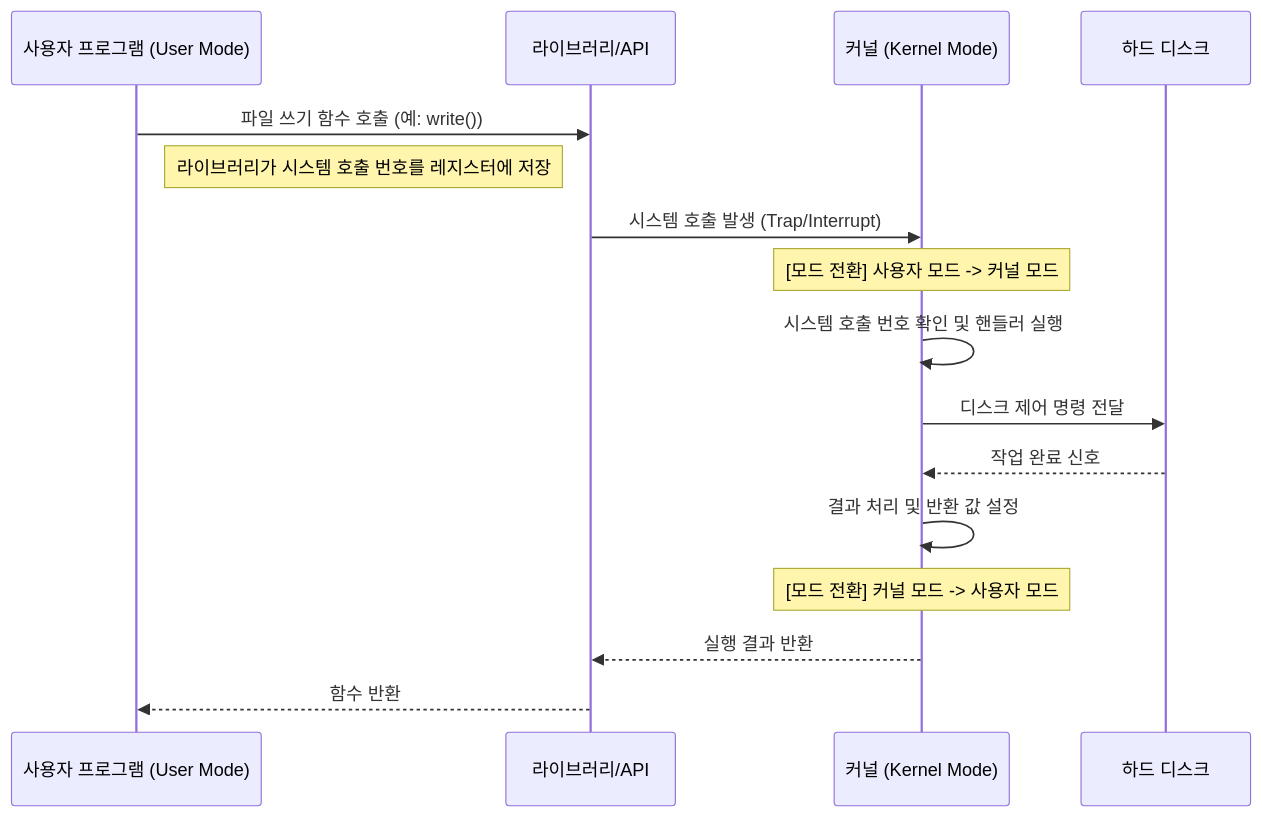
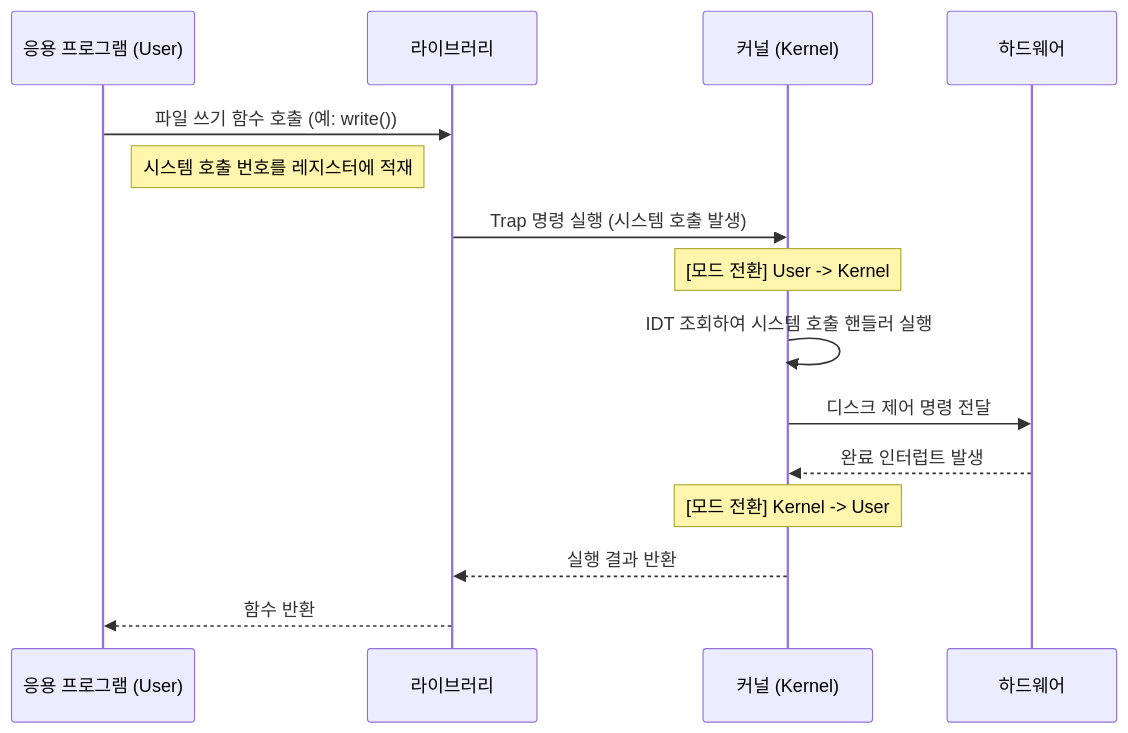
Before and after one commit to hyoguoo/hyoguoo.github.io: the diagram in src/content/docs/docs/operating-system/kernel.md, drawn with Mermaid. The commit also changed other lines of this file, not shown here.

````diff
--- a/src/content/docs/docs/operating-system/kernel.md
+++ b/src/content/docs/docs/operating-system/kernel.md
@@ -56,19 +58,17 @@
 ```mermaid
 sequenceDiagram
-    participant UserApp as 사용자 프로그램 (User Mode)
-    participant Library as 라이브러리/API
-    participant Kernel as 커널 (Kernel Mode)
-    participant Hardware as 하드 디스크
+    participant UserApp as 응용 프로그램 (User)
+    participant Library as 라이브러리
+    participant Kernel as 커널 (Kernel)
+    participant Hardware as 하드웨어
     UserApp ->> Library: 파일 쓰기 함수 호출 (예: write())
-    Note right of UserApp: 라이브러리가 시스템 호출 번호를 레지스터에 저장
-    Library ->> Kernel: 시스템 호출 발생 (Trap/Interrupt)
-    Note over Kernel: [모드 전환] 사용자 모드 -> 커널 모드
-    Kernel ->> Kernel: 시스템 호출 번호 확인 및 핸들러 실행
+    Note right of UserApp: 시스템 호출 번호를 레지스터에 적재
+    Library ->> Kernel: Trap 명령 실행 (시스템 호출 발생)
+    Note over Kernel: [모드 전환] User -> Kernel
+    Kernel ->> Kernel: IDT 조회하여 시스템 호출 핸들러 실행
     Kernel ->> Hardware: 디스크 제어 명령 전달
-    Hardware -->> Kernel: 작업 완료 신호
-    Kernel ->> Kernel: 결과 처리 및 반환 값 설정
-    Note over Kernel: [모드 전환] 커널 모드 -> 사용자 모드
+    Hardware -->> Kernel: 완료 인터럽트 발생
+    Note over Kernel: [모드 전환] Kernel -> User
     Kernel -->> Library: 실행 결과 반환
     Library -->> UserApp: 함수 반환
-
 ```
````
